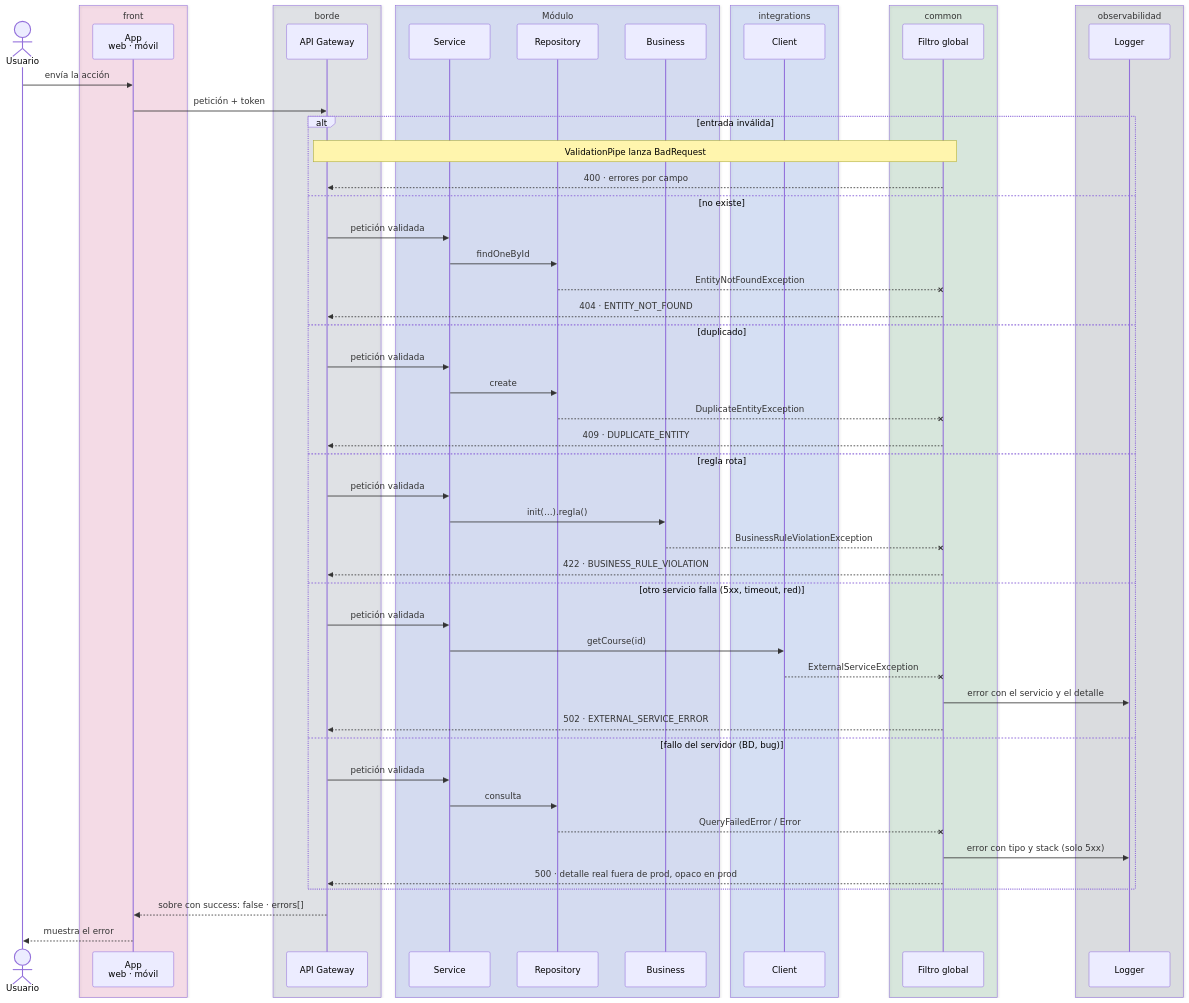
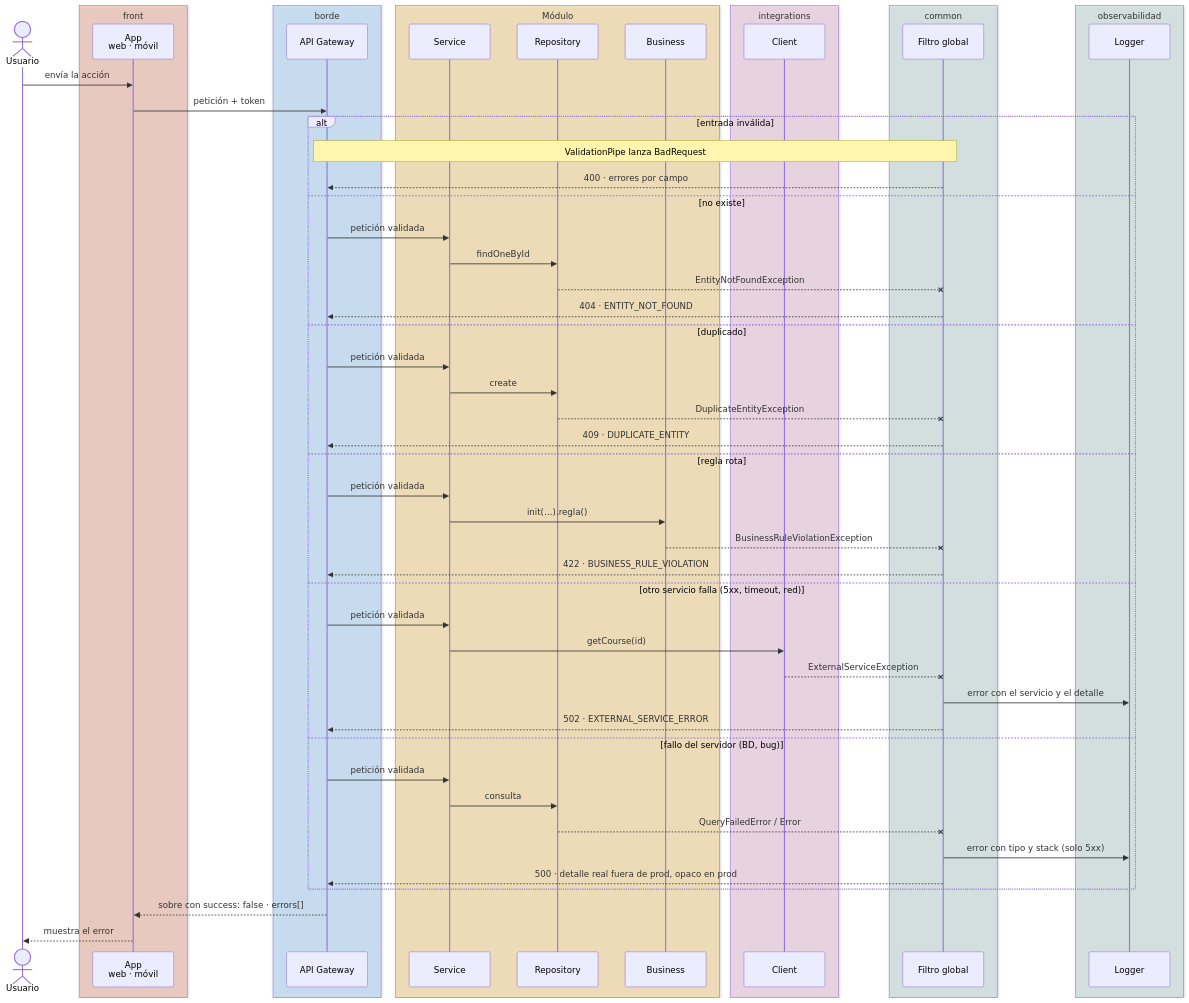
Before and after one commit to pcarroza91/nest-template: the ninth of 15 diagrams in docs/architecture/modular-microservice.md, drawn with Mermaid. The commit also changed other lines of this file and 2 other files, not shown here.

First line of the commit message:
docs(architecture): aplica el estilo pastel por rol a los diagramas Mermaid

````diff
--- a/docs/architecture/modular-microservice.md
+++ b/docs/architecture/modular-microservice.md
@@ -575,60 +562,60 @@
 ```mermaid
 sequenceDiagram
     actor U as Usuario
-    box rgba(225,29,116,0.12) front
+    box rgba(246,193,178,0.6) front
         participant FE as App<br/>web · móvil
     end
-    box rgba(100,116,139,0.15) borde
+    box rgba(188,225,255,0.6) borde
         participant GW as API Gateway
     end
-    box rgba(29,78,216,0.15) Módulo
+    box rgba(253,224,163,0.6) Módulo
         participant S as Service
         participant R as Repository
         participant B as Business
     end
-    box rgba(37,99,235,0.15) integrations
+    box rgba(244,208,230,0.6) integrations
         participant O as Client
     end
-    box rgba(47,146,84,0.15) common
+    box rgba(210,231,228,0.6) common
         participant F as Filtro global
     end
-    box rgba(71,85,105,0.15) observabilidad
+    box rgba(210,231,228,0.6) observabilidad
         participant L as Logger
     end
 
     U->>FE: envía la acción
     FE->>GW: petición + token
     alt entrada inválida
         Note over GW,F: ValidationPipe lanza BadRequest
         F-->>GW: 400 · errores por campo
     else no existe
         GW->>S: petición validada
         S->>R: findOneById
         R--xF: EntityNotFoundException
         F-->>GW: 404 · ENTITY_NOT_FOUND
     else duplicado
         GW->>S: petición validada
         S->>R: create
         R--xF: DuplicateEntityException
         F-->>GW: 409 · DUPLICATE_ENTITY
     else regla rota
         GW->>S: petición validada
         S->>B: init(…).regla()
         B--xF: BusinessRuleViolationException
         F-->>GW: 422 · BUSINESS_RULE_VIOLATION
     else otro servicio falla (5xx, timeout, red)
         GW->>S: petición validada
         S->>O: getCourse(id)
         O--xF: ExternalServiceException
         F->>L: error con el servicio y el detalle
         F-->>GW: 502 · EXTERNAL_SERVICE_ERROR
     else fallo del servidor (BD, bug)
         GW->>S: petición validada
         S->>R: consulta
         R--xF: QueryFailedError / Error
         F->>L: error con tipo y stack (solo 5xx)
         F-->>GW: 500 · detalle real fuera de prod, opaco en prod
     end
     GW-->>FE: sobre con success: false · errors[]
     FE-->>U: muestra el error
 ```
````
